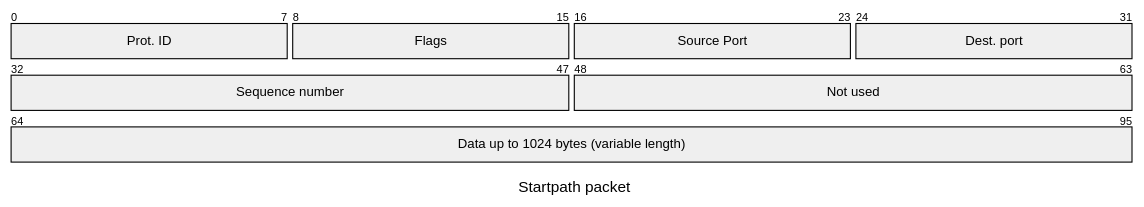
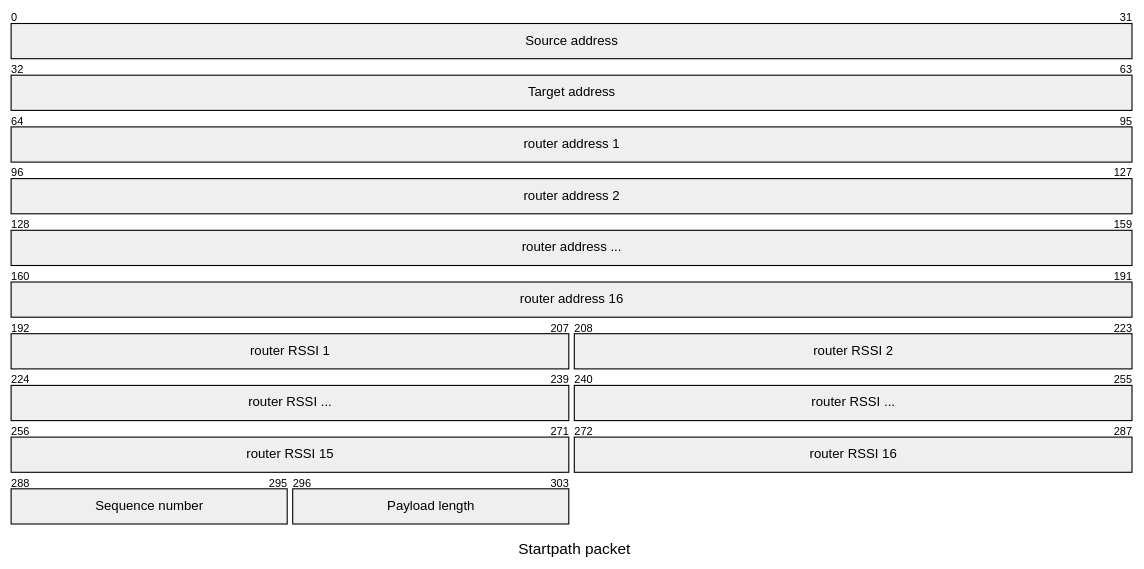
One commit to EspMeshMesh/espmeshmesh changed the third of 3 diagrams in docs/rfc_starpath.md. Above: the diagram before and after it, drawn with Mermaid. The commit also changed other lines of this file and 17 other files, not shown here.

````diff
--- a/docs/rfc_starpath.md
+++ b/docs/rfc_starpath.md
@@ -152,13 +190,20 @@
 ```mermaid
 ---
 title: "Startpath packet"
 ---
 packet
-+8: "Prot. ID"
-+8: "Flags"
-+8: "Source Port"
-+8: "Dest. port"
-+16: "Sequence number"
-+16: "Not used"
-+32: "Data up to 1024 bytes (variable length)"
++32: "Source address"
++32: "Target address"
++32: "router address 1"
++32: "router address 2"
++32: "router address ..."
++32: "router address 16"
++16: "router RSSI 1"
++16: "router RSSI 2"
++16: "router RSSI ..."
++16: "router RSSI ..."
++16: "router RSSI 15"
++16: "router RSSI 16"
++8: "Sequence number"
++8: "Payload length"
 ```
````
